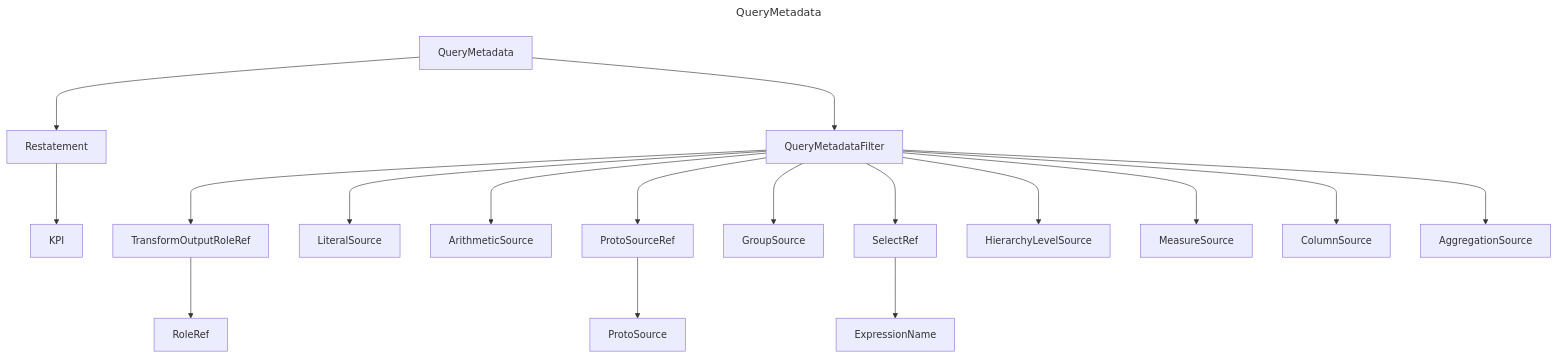
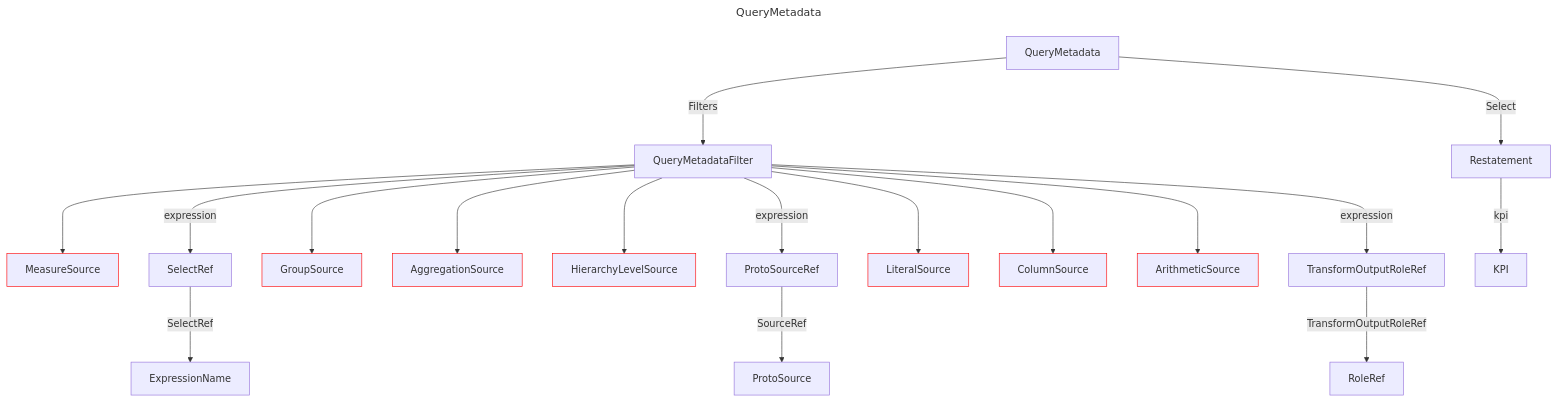
One commit to douglassimonsen/pbi_core changed the diagram in docs/docs/layout/erd/QueryMetadata.md. Above: the diagram before and after it, drawn with Mermaid. The commit also changed 77 other files, not shown here.

Commit message:
Updated to color code the layout ERD

````diff
--- a/docs/docs/layout/erd/QueryMetadata.md
+++ b/docs/docs/layout/erd/QueryMetadata.md
@@ -1,39 +1,46 @@
 ```mermaid
 ---
 title: QueryMetadata
 ---
 graph 
-2721642009152["MeasureSource"]
-2721642023792["ProtoSourceRef"]
-2722254638608["QueryMetadataFilter"]
-2721642039408["ProtoSource"]
-2721642022816["LiteralSource"]
-2722254636656["KPI"]
-2721642040384["RoleRef"]
-2721642012080["HierarchyLevelSource"]
-2721642014032["ColumnSource"]
-2722254621040["Restatement"]
-2721642013056["ExpressionName"]
-2721642003296["AggregationSource"]
-2722254646416["QueryMetadata"]
-2721642031600["ArithmeticSource"]
-2721642016960["SelectRef"]
-2721642024768["TransformOutputRoleRef"]
-2721642035504["GroupSource"]
-2722254646416 ---> 2722254621040
-2722254638608 ---> 2721642024768
-2722254646416 ---> 2722254638608
-2722254638608 ---> 2721642022816
-2722254638608 ---> 2721642031600
-2721642024768 ---> 2721642040384
-2722254638608 ---> 2721642023792
-2721642023792 ---> 2721642039408
-2722254638608 ---> 2721642035504
-2722254621040 ---> 2722254636656
-2722254638608 ---> 2721642016960
-2722254638608 ---> 2721642012080
-2721642016960 ---> 2721642013056
-2722254638608 ---> 2721642009152
-2722254638608 ---> 2721642014032
-2722254638608 ---> 2721642003296
+2430071820688["RoleRef"]
+2430664265248["QueryMetadata"]
+2430071816784["LiteralSource"]
+style 2430071816784 stroke:#ff0000,stroke-width:1px
+2430071814832["TransformOutputRoleRef"]
+2430664234016["Restatement"]
+2430071366800["ExpressionName"]
+2430071358016["AggregationSource"]
+style 2430071358016 stroke:#ff0000,stroke-width:1px
+2430664245728["KPI"]
+2430071359968["MeasureSource"]
+style 2430071359968 stroke:#ff0000,stroke-width:1px
+2430071825568["ProtoSourceRef"]
+2430071365824["ColumnSource"]
+style 2430071365824 stroke:#ff0000,stroke-width:1px
+2430071356064["SelectRef"]
+2430071808976["GroupSource"]
+style 2430071808976 stroke:#ff0000,stroke-width:1px
+2430071819712["ProtoSource"]
+2430664252560["QueryMetadataFilter"]
+2430071363872["HierarchyLevelSource"]
+style 2430071363872 stroke:#ff0000,stroke-width:1px
+2430071382416["ArithmeticSource"]
+style 2430071382416 stroke:#ff0000,stroke-width:1px
+2430071825568 --->|SourceRef| 2430071819712
+2430664265248 --->|Filters| 2430664252560
+2430664252560 ---> 2430071359968
+2430664252560 --->|expression| 2430071356064
+2430664234016 --->|kpi| 2430664245728
+2430664252560 ---> 2430071808976
+2430664252560 ---> 2430071358016
+2430664252560 ---> 2430071363872
+2430664252560 --->|expression| 2430071825568
+2430071356064 --->|SelectRef| 2430071366800
+2430071814832 --->|TransformOutputRoleRef| 2430071820688
+2430664252560 ---> 2430071816784
+2430664265248 --->|Select| 2430664234016
+2430664252560 ---> 2430071365824
+2430664252560 ---> 2430071382416
+2430664252560 --->|expression| 2430071814832
 ```
````
